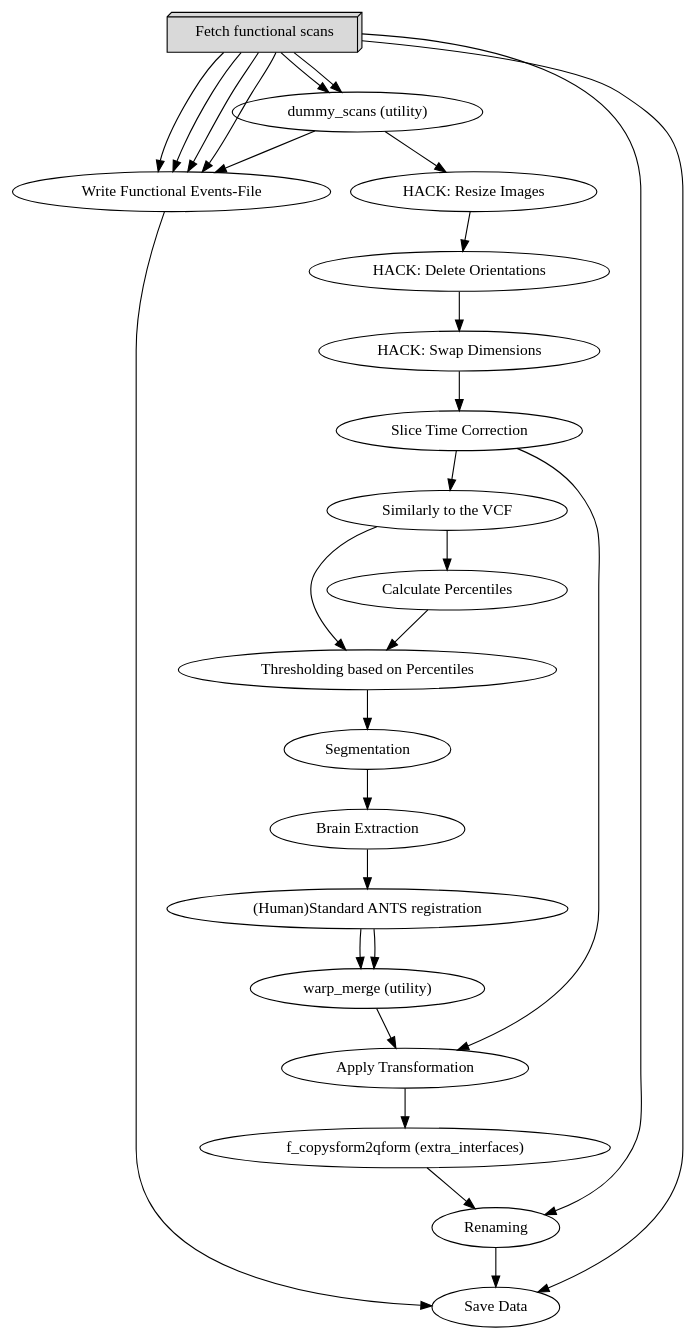
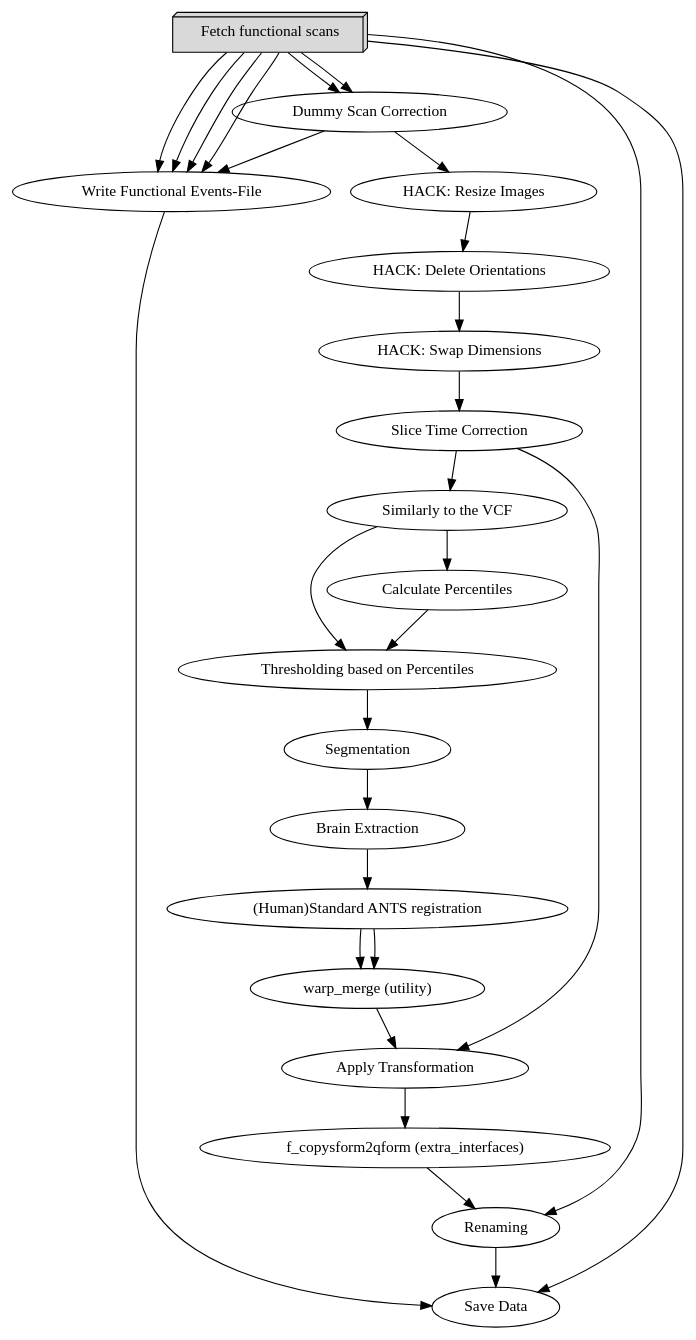
One commit to Jimmy2027/mlebe_RepSep changed the diagram in data/legacy.dot. Above: the diagram before and after it, drawn with Graphviz. The commit also changed 1 other file, not shown here.

```diff
--- a/data/legacy.dot
+++ b/data/legacy.dot
@@ -1,48 +1,48 @@
 digraph legacy_work{
   legacy_work_get_f_scan[label="Fetch functional scans", shape=box3d,style=filled, color=black, colorscheme=greys7 fillcolor=2];
-  legacy_work_dummy_scans[label="dummy_scans (utility)"];
+  legacy_work_dummy_scans[label="Dummy Scan Correction"];
   legacy_work_f_resize[label="HACK: Resize Images"];
   legacy_work_f_deleteorient[label="HACK: Delete Orientations"];
   legacy_work_f_swapdim[label="HACK: Swap Dimensions"];
   legacy_work_slicetimer[label="Slice Time Correction"];
   legacy_work_temporal_mean[label="Similarly to the VCF "];
   legacy_work_f_percentile[label="Calculate Percentiles"];
   legacy_work_f_threshold[label="Thresholding based on Percentiles"];
   legacy_work_f_fast[label="Segmentation"];
   legacy_work_f_BET[label="Brain Extraction"];
   legacy_work_ants_introduction[label="(Human)Standard ANTS registration"];
   legacy_work_warp_merge[label="warp_merge (utility)"];
   legacy_work_f_warp[label="Apply Transformation"];
   legacy_work_f_copysform2qform[label="f_copysform2qform (extra_interfaces)"];
   legacy_work_f_rename[label="Renaming"];
   legacy_work_events_file[label="Write Functional Events-File"];
   legacy_work_datasink[label="Save Data"];
   legacy_work_get_f_scan -> legacy_work_dummy_scans;
   legacy_work_get_f_scan -> legacy_work_dummy_scans;
   legacy_work_get_f_scan -> legacy_work_f_rename;
   legacy_work_get_f_scan -> legacy_work_datasink;
   legacy_work_get_f_scan -> legacy_work_events_file;
   legacy_work_get_f_scan -> legacy_work_events_file;
   legacy_work_get_f_scan -> legacy_work_events_file;
   legacy_work_get_f_scan -> legacy_work_events_file;
   legacy_work_dummy_scans -> legacy_work_events_file;
   legacy_work_dummy_scans -> legacy_work_f_resize;
   legacy_work_f_resize -> legacy_work_f_deleteorient;
   legacy_work_f_deleteorient -> legacy_work_f_swapdim;
   legacy_work_f_swapdim -> legacy_work_slicetimer;
   legacy_work_slicetimer -> legacy_work_temporal_mean;
   legacy_work_slicetimer -> legacy_work_f_warp;
   legacy_work_temporal_mean -> legacy_work_f_percentile;
   legacy_work_temporal_mean -> legacy_work_f_threshold;
   legacy_work_f_percentile -> legacy_work_f_threshold;
   legacy_work_f_threshold -> legacy_work_f_fast;
   legacy_work_f_fast -> legacy_work_f_BET;
   legacy_work_f_BET -> legacy_work_ants_introduction;
   legacy_work_ants_introduction -> legacy_work_warp_merge;
   legacy_work_ants_introduction -> legacy_work_warp_merge;
   legacy_work_warp_merge -> legacy_work_f_warp;
   legacy_work_f_warp -> legacy_work_f_copysform2qform;
   legacy_work_f_copysform2qform -> legacy_work_f_rename;
   legacy_work_f_rename -> legacy_work_datasink;
   legacy_work_events_file -> legacy_work_datasink;
 }
```
